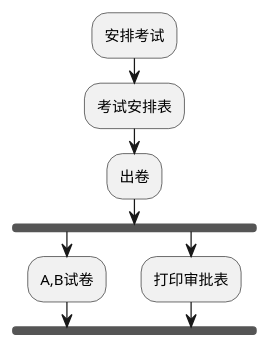
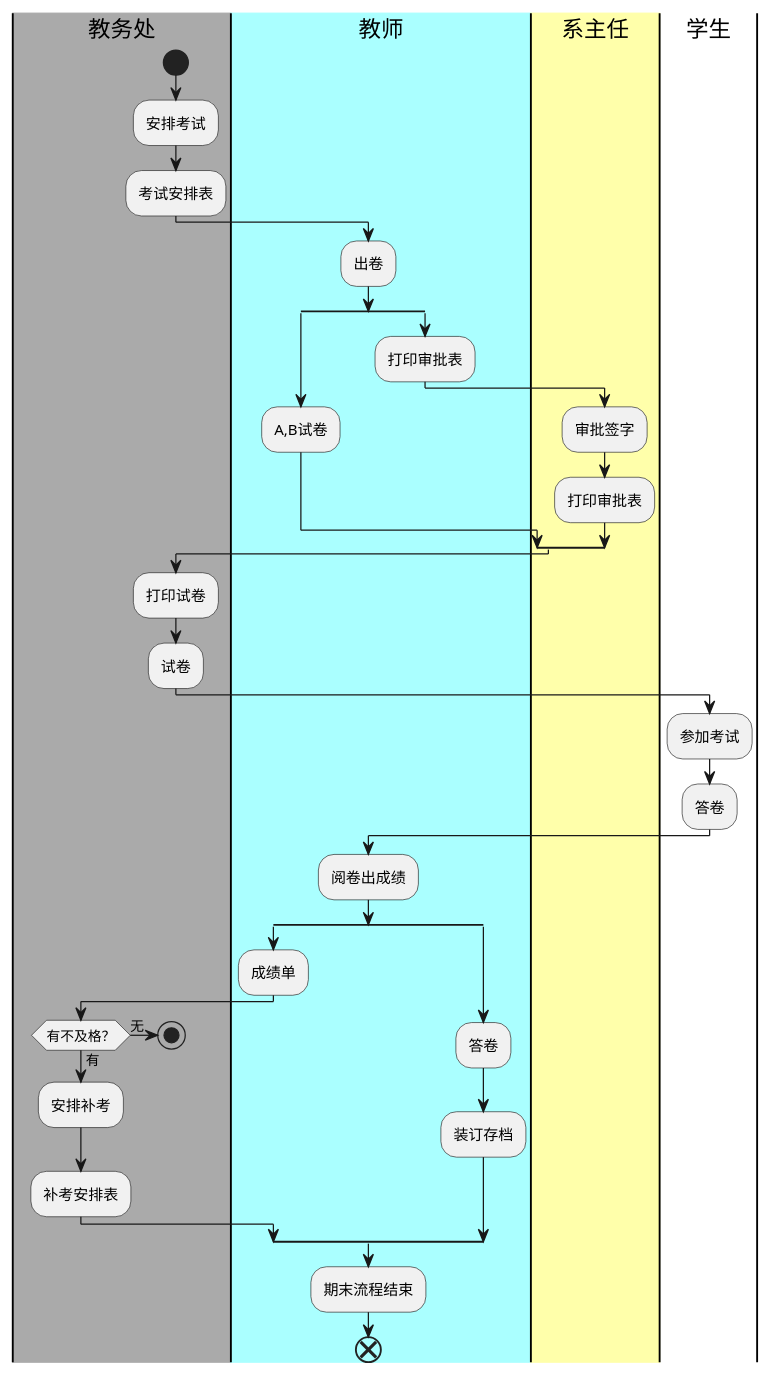
Before and after one commit to zemaochen/is_analysis: the diagram in test1/flow1.puml, drawn with PlantUML. The commit also changed 1 other file, not shown here.

Commit message:
期末考试流程图

```diff
--- a/test1/flow1.puml
+++ b/test1/flow1.puml
@@ -1,10 +1,44 @@
 @startuml
+|#aaa|教务处|
+start
 :安排考试;
 :考试安排表;
+|#aff|教师|
 :出卷;
-fork
+split
     :A,B试卷;
-fork again
+split again
     :打印审批表;
+|#ffa|系主任|
+    :审批签字;
+    :打印审批表;
+|教务处|
+end split
 
+    :打印试卷;
+    :试卷;
+|学生|
+    :参加考试;
+    :答卷;
+|教师|
+    :阅卷出成绩;
+split
+    :成绩单;
+|教务处|
+    if(有不及格？)then(有)
+    :安排补考;
+    :补考安排表;
+    else(无)
+    stop
+    endif
+
+split again
+|教师|
+    :答卷;
+    :装订存档;
+end split
+    :期末流程结束;
+
+
+end
 @enduml
```
